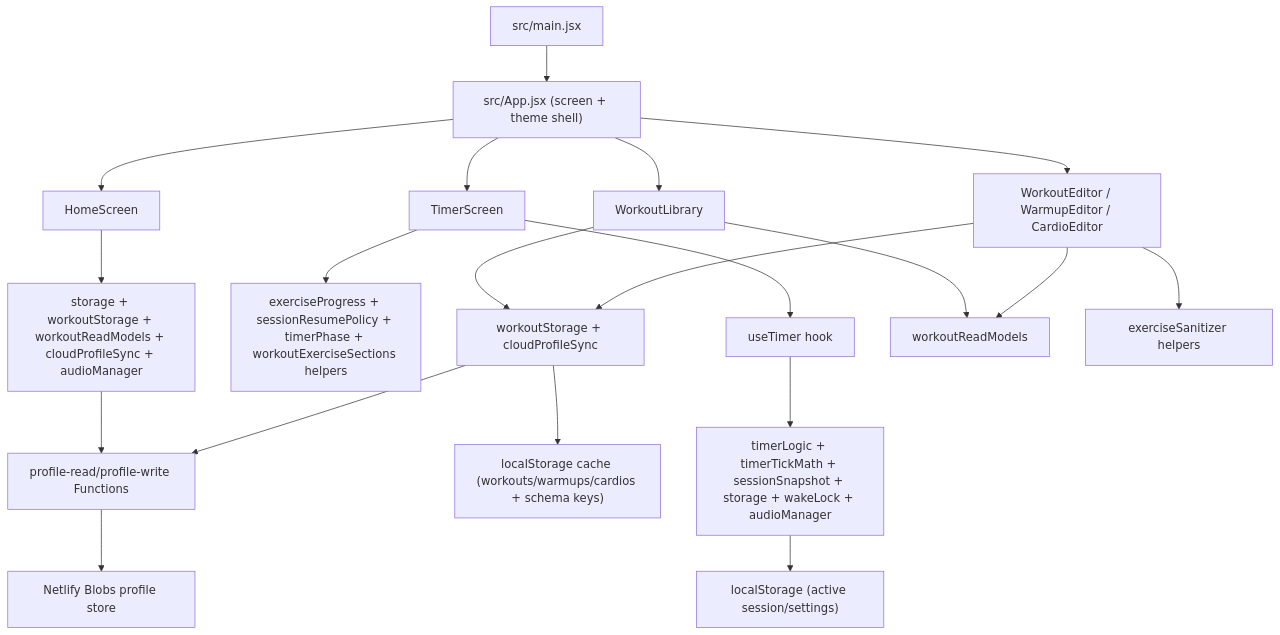
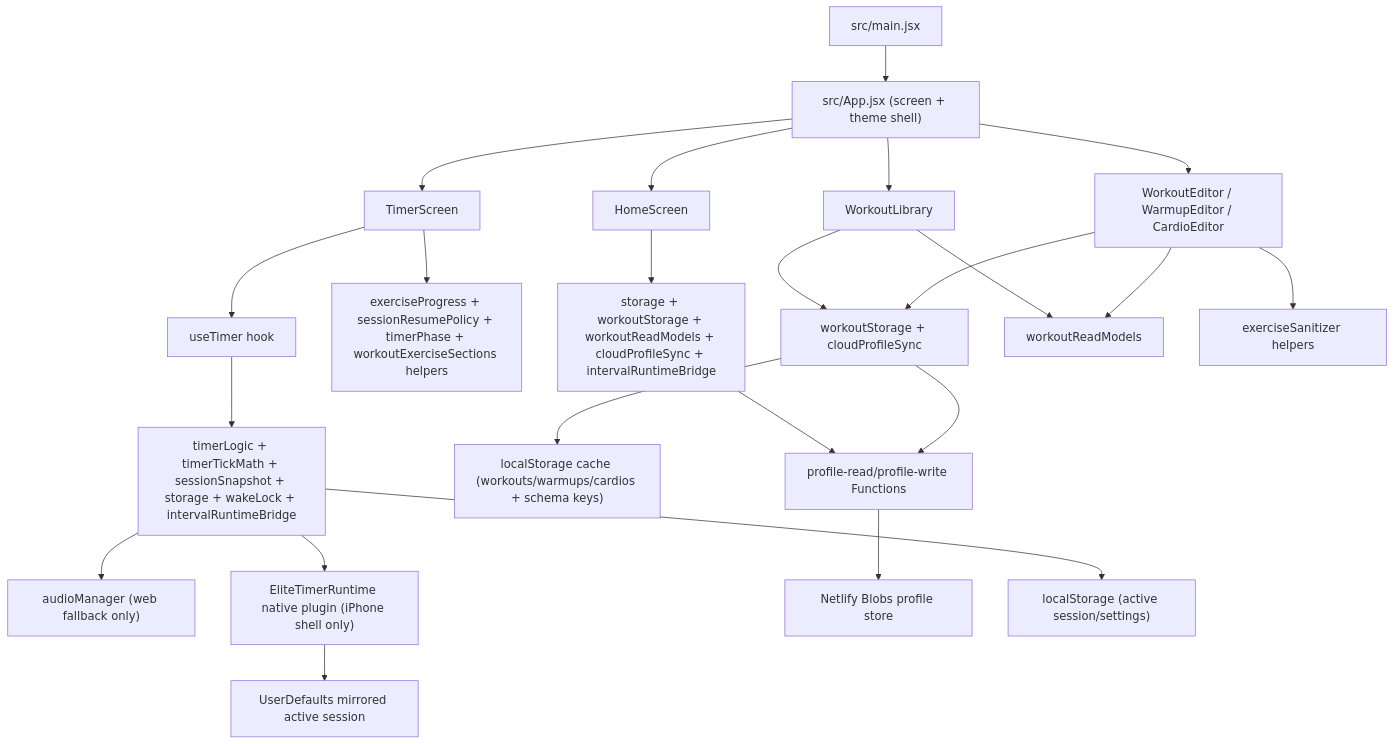
The diagram in docs/architecture-map.md (milogosx/new-timer), drawn with Mermaid before and after one commit. The commit also changed other lines of this file and 243 other files, not shown here.

````diff
--- a/docs/architecture-map.md
+++ b/docs/architecture-map.md
@@ -14,22 +15,25 @@
 ```mermaid
 flowchart TD
   A["src/main.jsx"] --> B["src/App.jsx (screen + theme shell)"]
   B --> C["HomeScreen"]
   B --> D["TimerScreen"]
   B --> E["WorkoutLibrary"]
   B --> F["WorkoutEditor / WarmupEditor / CardioEditor"]
   D --> G["useTimer hook"]
   D --> N["exerciseProgress + sessionResumePolicy + timerPhase + workoutExerciseSections helpers"]
-  G --> H["timerLogic + timerTickMath + sessionSnapshot + storage + wakeLock + audioManager"]
-  C --> I["storage + workoutStorage + workoutReadModels + cloudProfileSync + audioManager"]
+  G --> H["timerLogic + timerTickMath + sessionSnapshot + storage + wakeLock + intervalRuntimeBridge"]
+  H --> S["audioManager (web fallback only)"]
+  H --> T["EliteTimerRuntime native plugin (iPhone shell only)"]
+  C --> I["storage + workoutStorage + workoutReadModels + cloudProfileSync + intervalRuntimeBridge"]
   E --> J["workoutStorage + cloudProfileSync"]
   E --> R["workoutReadModels"]
   F --> O["exerciseSanitizer helpers"]
   F --> J
   F --> R["workoutReadModels"]
   J --> K["localStorage cache (workouts/warmups/cardios + schema keys)"]
   P["profile-read/profile-write Functions"] --> Q["Netlify Blobs profile store"]
   I --> P
   J --> P
   H --> L["localStorage (active session/settings)"]
+  T --> M["UserDefaults mirrored active session"]
 ```
````
